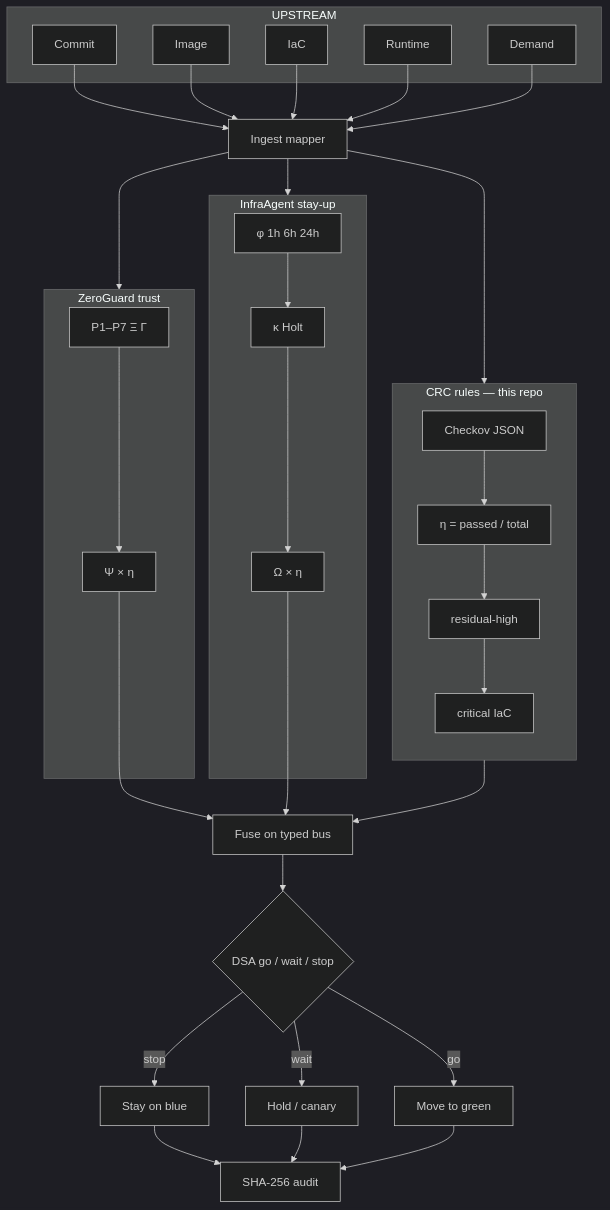
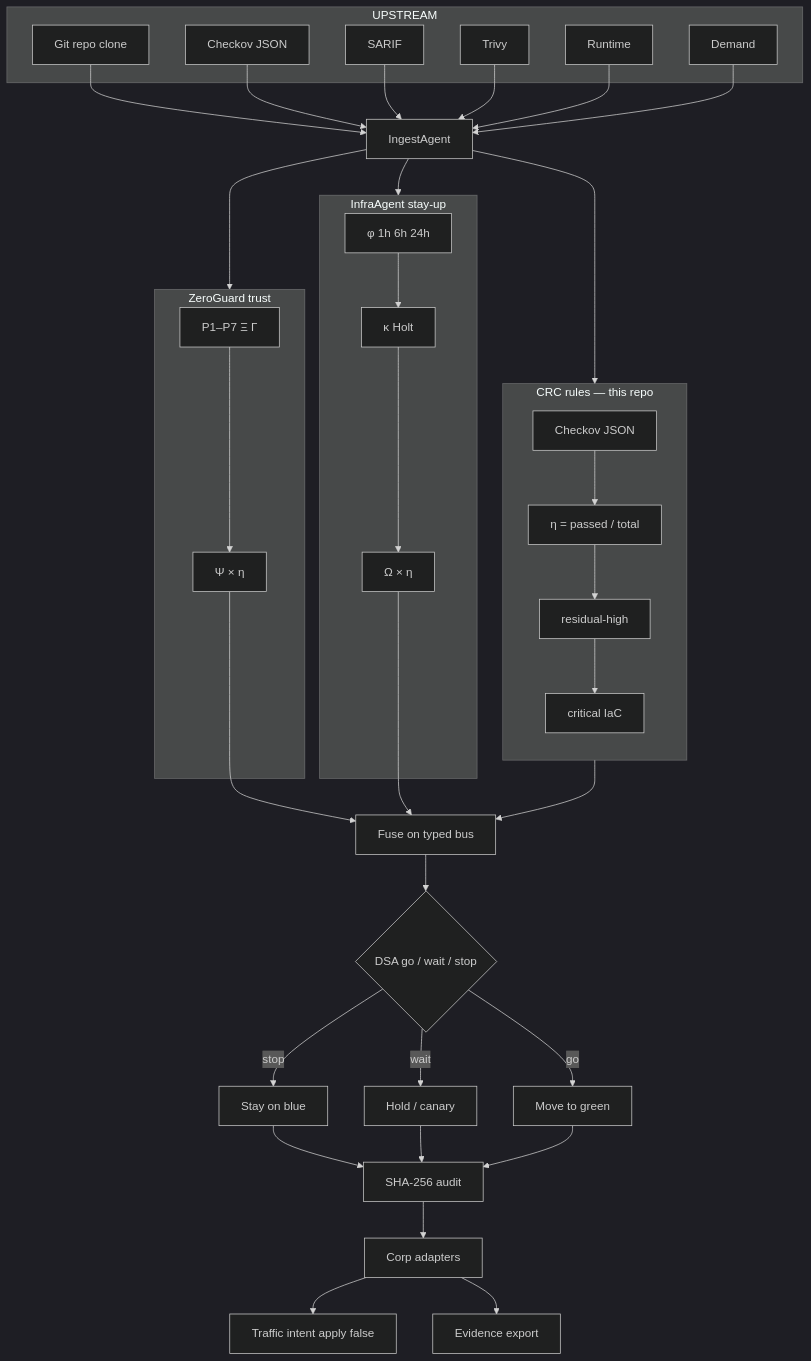
The first of 3 diagrams in ARCHITECTURE.md (harishapuri/CICD_Compliance), drawn with Mermaid (dark theme) before and after one commit. The commit also changed other lines of this file and 15 other files, not shown here.

Commit message:
Add corporate adapters, SARIF/Trivy fold, and architecture diagrams for the CRC plane.

````diff
--- a/ARCHITECTURE.md
+++ b/ARCHITECTURE.md
@@ -30,47 +32,52 @@
 ```mermaid
 flowchart TB
   subgraph UPSTREAM
-    SRC[Commit]
-    IMG[Image]
-    IAC[IaC]
+    GIT[Git repo clone]
+    CKV[Checkov JSON]
+    SARIF[SARIF]
+    TRIVY[Trivy]
     TEL[Runtime]
     DEM[Demand]
   end
 
-  SRC --> IN[Ingest mapper]
-  IMG --> IN
-  IAC --> IN
+  GIT --> IN[IngestAgent]
+  CKV --> IN
+  SARIF --> IN
+  TRIVY --> IN
   TEL --> IN
   DEM --> IN
 
   IN --> CRC
   IN --> ZG
   IN --> IA
 
   subgraph CRC[CRC rules — this repo]
     direction TB
     CK[Checkov JSON] --> ETA["η = passed / total"]
     ETA --> RES[residual-high]
     RES --> CRIT[critical IaC]
   end
 
   subgraph ZG[ZeroGuard trust]
     PILL["P1–P7 Ξ Γ"] --> PSI["Ψ × η"]
   end
 
   subgraph IA[InfraAgent stay-up]
     PHI["φ 1h 6h 24h"] --> KAP["κ Holt"]
     KAP --> OME["Ω × η"]
   end
 
   ETA --> BUS[Fuse on typed bus]
   PSI --> BUS
   OME --> BUS
   BUS --> DSA{DSA go / wait / stop}
   DSA -->|stop| BLUE[Stay on blue]
   DSA -->|wait| HOLD[Hold / canary]
   DSA -->|go| GREEN[Move to green]
   BLUE --> AUD[SHA-256 audit]
   HOLD --> AUD
   GREEN --> AUD
+  AUD --> CORP[Corp adapters]
+  CORP --> INT[Traffic intent apply false]
+  CORP --> EV[Evidence export]
 ```
````
